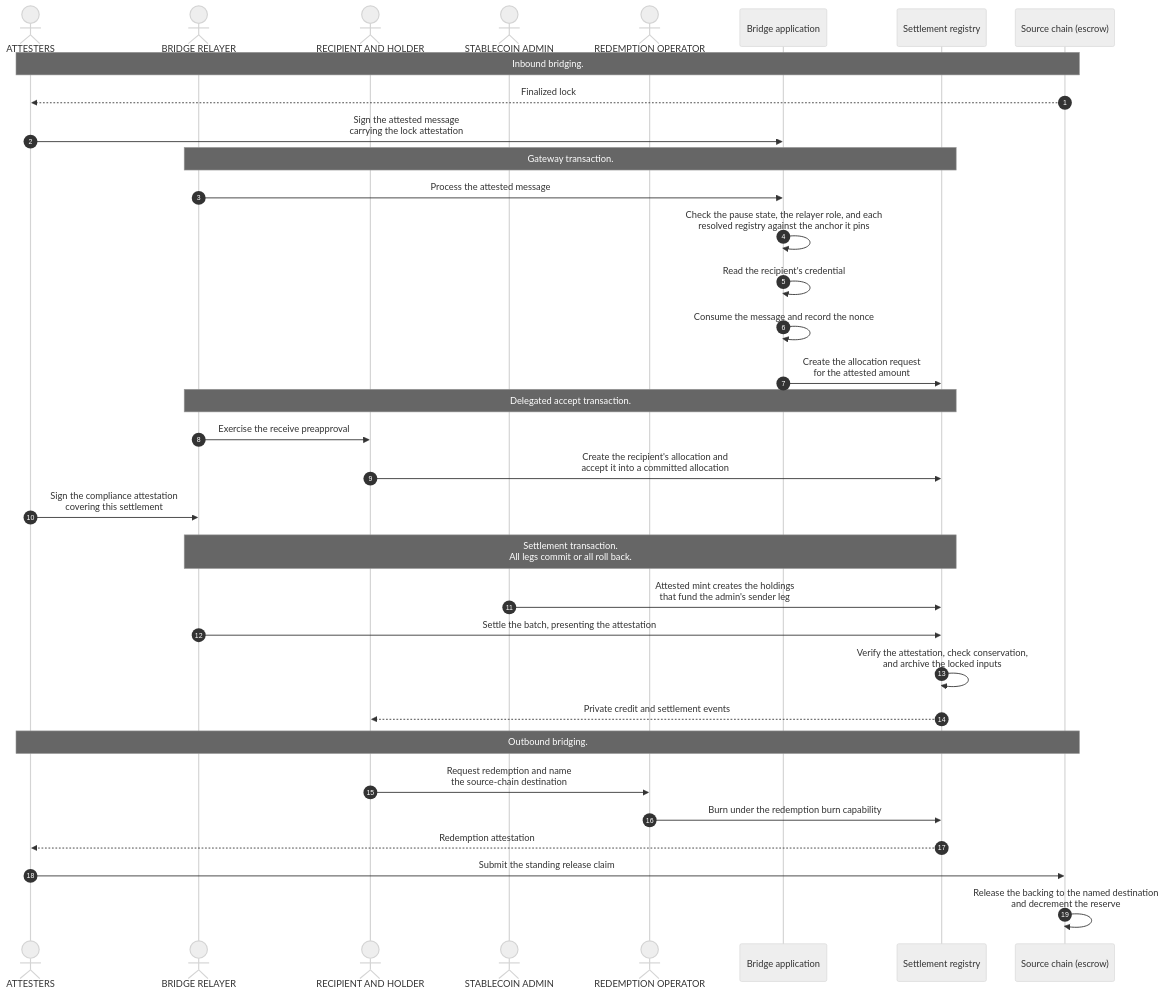
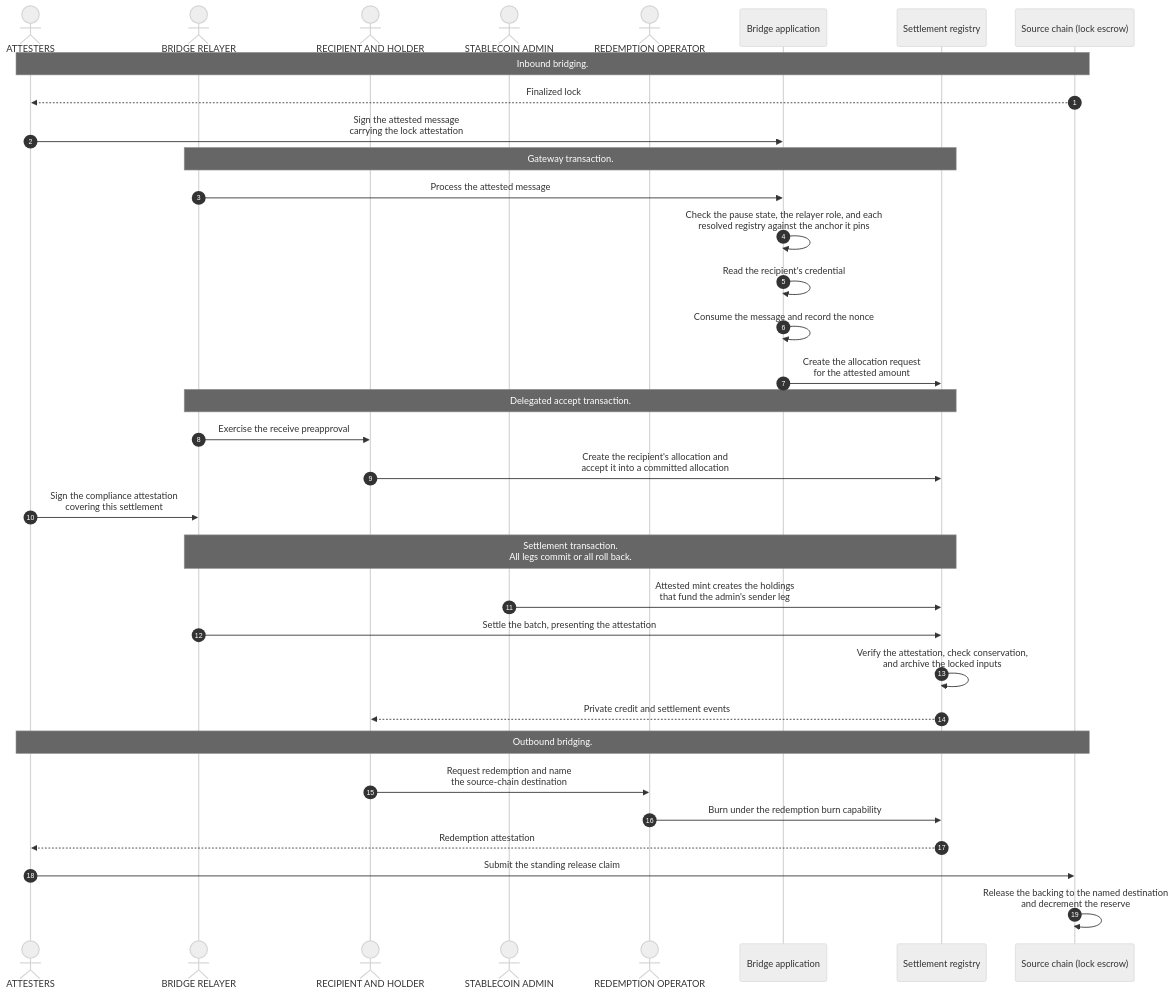
One commit to OpenZeppelin/canton-specs changed the diagram in docs/reference-architectures/cross-chain-stablecoin.md. Above: the diagram before and after it, drawn with Mermaid (neutral theme).

Commit message:
move flow diagram back to 3

````diff
--- a/docs/reference-architectures/cross-chain-stablecoin.md
+++ b/docs/reference-architectures/cross-chain-stablecoin.md
@@ -102,39 +240,39 @@
 ```mermaid
 sequenceDiagram
     autonumber
     actor Attesters as ATTESTERS
     actor Relayer as BRIDGE RELAYER
     actor Recipient as RECIPIENT AND HOLDER
     actor Admin as STABLECOIN ADMIN
     actor Operator as REDEMPTION OPERATOR
     participant App as Bridge application
     participant Registry as Settlement registry
-    participant Chain as Source chain (escrow)
+    participant Chain as Source chain (lock escrow)
 
     Note over Attesters,Chain: Inbound bridging.
     Chain-->>Attesters: Finalized lock
     Attesters->>App: Sign the attested message<br/>carrying the lock attestation
     Note over Relayer,Registry: Gateway transaction.
     Relayer->>App: Process the attested message
     App->>App: Check the pause state, the relayer role, and each<br/>resolved registry against the anchor it pins
     App->>App: Read the recipient's credential
     App->>App: Consume the message and record the nonce
     App->>Registry: Create the allocation request<br/>for the attested amount
     Note over Relayer,Registry: Delegated accept transaction.
     Relayer->>Recipient: Exercise the receive preapproval
     Recipient->>Registry: Create the recipient's allocation and<br/>accept it into a committed allocation
     Attesters->>Relayer: Sign the compliance attestation<br/>covering this settlement
     rect rgba(255, 255, 255, .1)
         Note over Relayer,Registry: Settlement transaction.<br/>All legs commit or all roll back.
         Admin->>Registry: Attested mint creates the holdings<br/>that fund the admin's sender leg
         Relayer->>Registry: Settle the batch, presenting the attestation
         Registry->>Registry: Verify the attestation, check conservation,<br/>and archive the locked inputs
         Registry-->>Recipient: Private credit and settlement events
     end
     Note over Attesters,Chain: Outbound bridging.
     Recipient->>Operator: Request redemption and name<br/>the source-chain destination
     Operator->>Registry: Burn under the redemption burn capability
     Registry-->>Attesters: Redemption attestation
     Attesters->>Chain: Submit the standing release claim
     Chain->>Chain: Release the backing to the named destination<br/>and decrement the reserve
 ```
````
